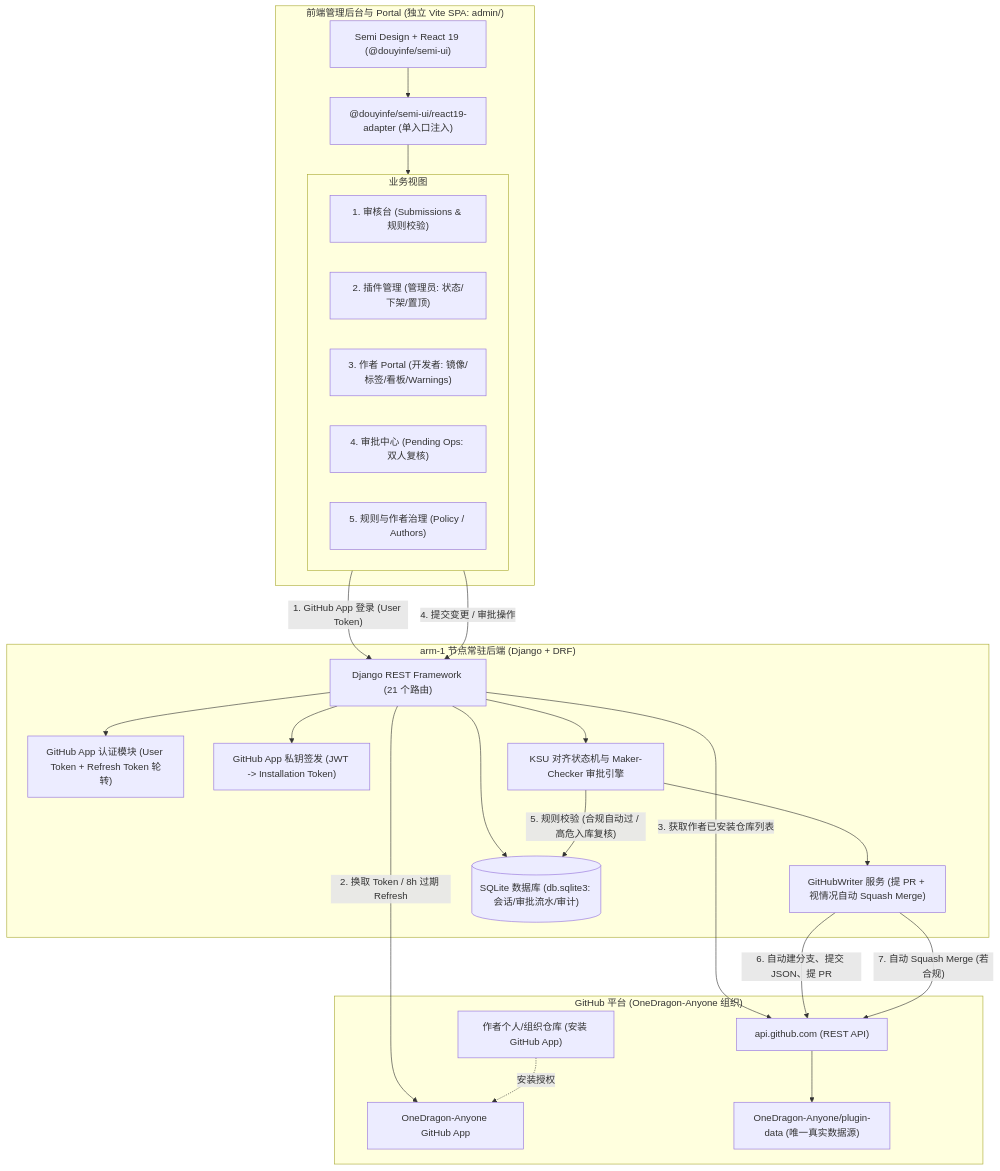
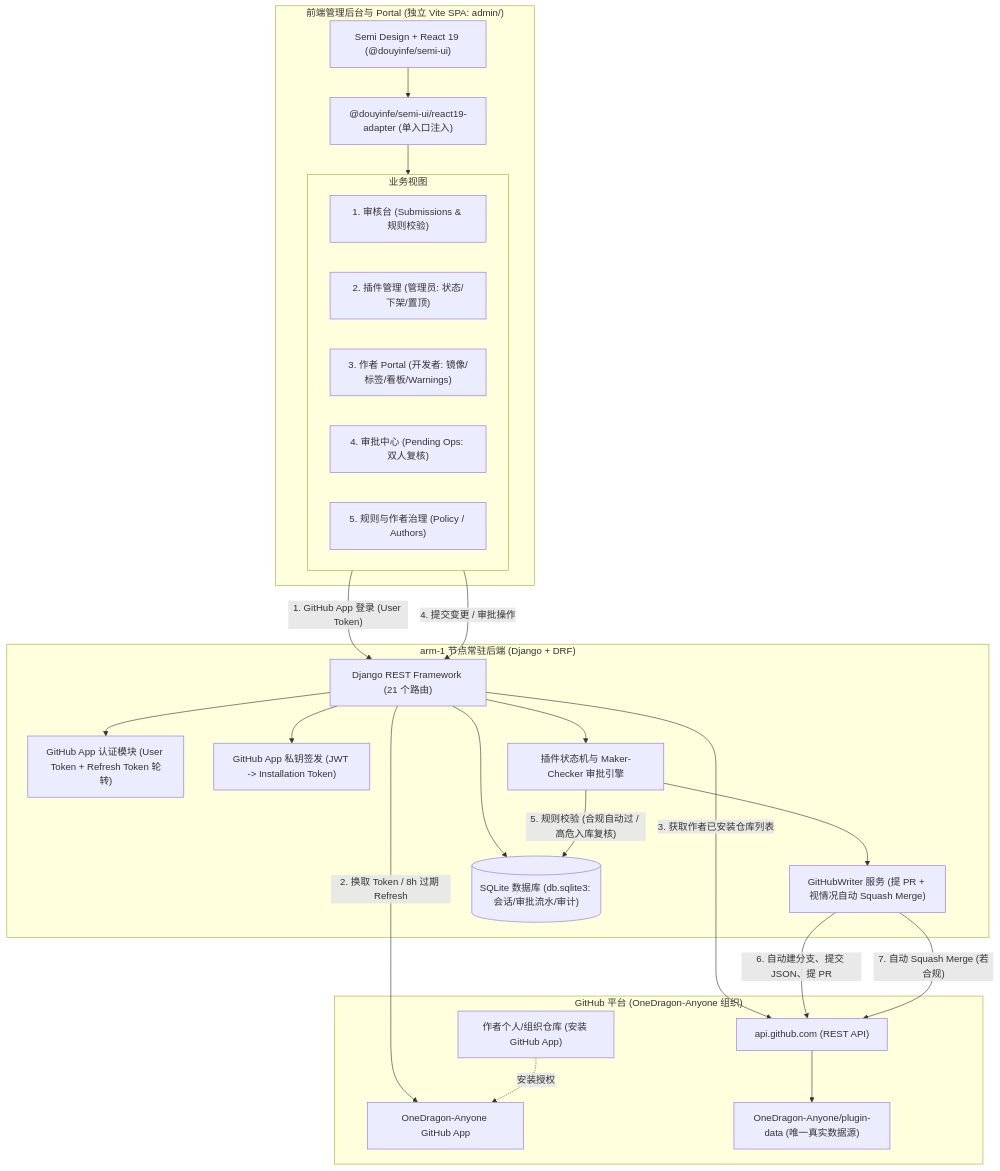
Before and after one commit to OneDragon-Anyone/plugin-market: the diagram in docs/design/Z0D-3/design.md, drawn with Mermaid. The commit also changed other lines of this file, not shown here.

````diff
--- a/docs/design/Z0D-3/design.md
+++ b/docs/design/Z0D-3/design.md
@@ -78,48 +78,48 @@
 ```mermaid
 flowchart TD
     subgraph Client ["前端管理后台与 Portal (独立 Vite SPA: admin/)"]
         SemiUI["Semi Design + React 19 (@douyinfe/semi-ui)"]
         Adapter["@douyinfe/semi-ui/react19-adapter (单入口注入)"]
         subgraph Views ["业务视图"]
             V1["1. 审核台 (Submissions & 规则校验)"]
             V2["2. 插件管理 (管理员: 状态/下架/置顶)"]
             V3["3. 作者 Portal (开发者: 镜像/标签/看板/Warnings)"]
             V4["4. 审批中心 (Pending Ops: 双人复核)"]
             V5["5. 规则与作者治理 (Policy / Authors)"]
         end
         SemiUI --> Adapter
         Adapter --> Views
     end
 
     subgraph Backend ["arm-1 节点常驻后端 (Django + DRF)"]
         DRF["Django REST Framework (21 个路由)"]
         AppAuth["GitHub App 认证模块 (User Token + Refresh Token 轮转)"]
         AppJWT["GitHub App 私钥签发 (JWT -> Installation Token)"]
-        StateEngine["KSU 对齐状态机与 Maker-Checker 审批引擎"]
+        StateEngine["插件状态机与 Maker-Checker 审批引擎"]
         GitWriter["GitHubWriter 服务 (提 PR + 视情况自动 Squash Merge)"]
         SQLiteDB[("SQLite 数据库 (db.sqlite3: 会话/审批流水/审计)")]
 
         DRF --> AppAuth
         DRF --> AppJWT
         DRF --> StateEngine
         DRF --> SQLiteDB
         StateEngine --> GitWriter
     end
 
     subgraph GitHub ["GitHub 平台 (OneDragon-Anyone 组织)"]
         GHApp["OneDragon-Anyone GitHub App"]
         GHRest["api.github.com (REST API)"]
         DataRepo["OneDragon-Anyone/plugin-data (唯一真实数据源)"]
         AuthorRepo["作者个人/组织仓库 (安装 GitHub App)"]
     end
 
     Views -- "1. GitHub App 登录 (User Token)" --> DRF
     DRF -- "2. 换取 Token / 8h 过期 Refresh" --> GHApp
     DRF -- "3. 获取作者已安装仓库列表" --> GHRest
     AuthorRepo -. "安装授权" .-> GHApp
     Views -- "4. 提交变更 / 审批操作" --> DRF
     StateEngine -- "5. 规则校验 (合规自动过 / 高危入库复核)" --> SQLiteDB
     GitWriter -- "6. 自动建分支、提交 JSON、提 PR" --> GHRest
     GitWriter -- "7. 自动 Squash Merge (若合规)" --> GHRest
     GHRest --> DataRepo
 ```
````
